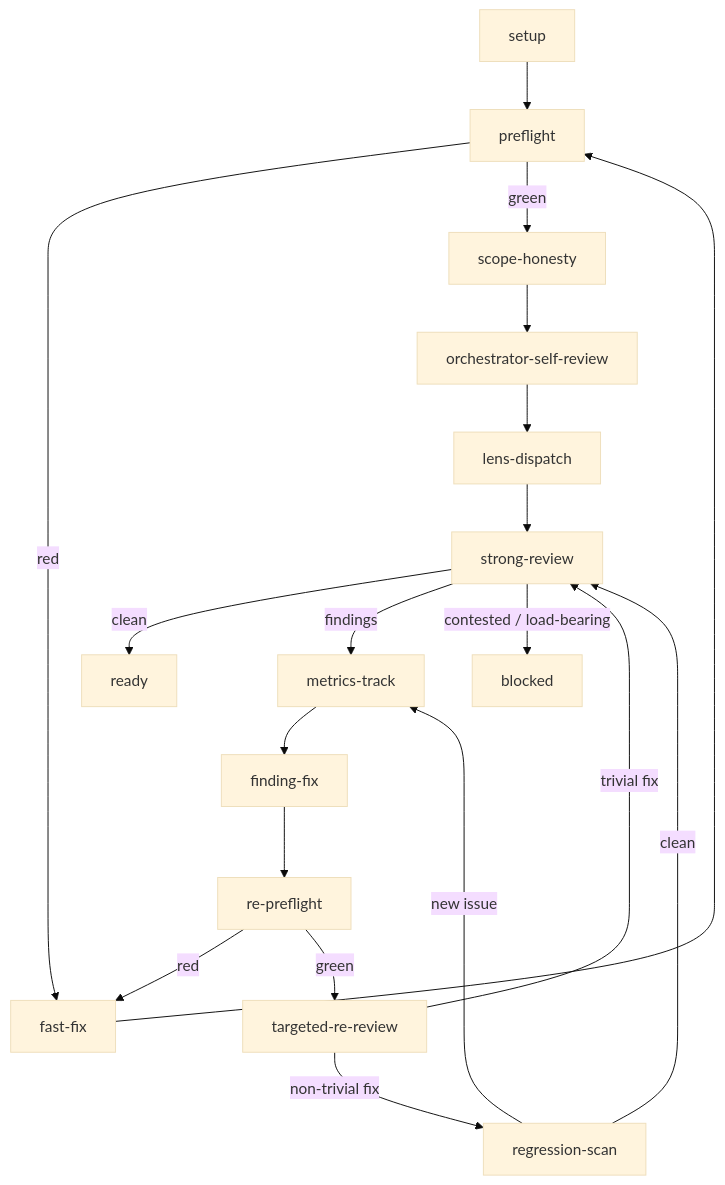
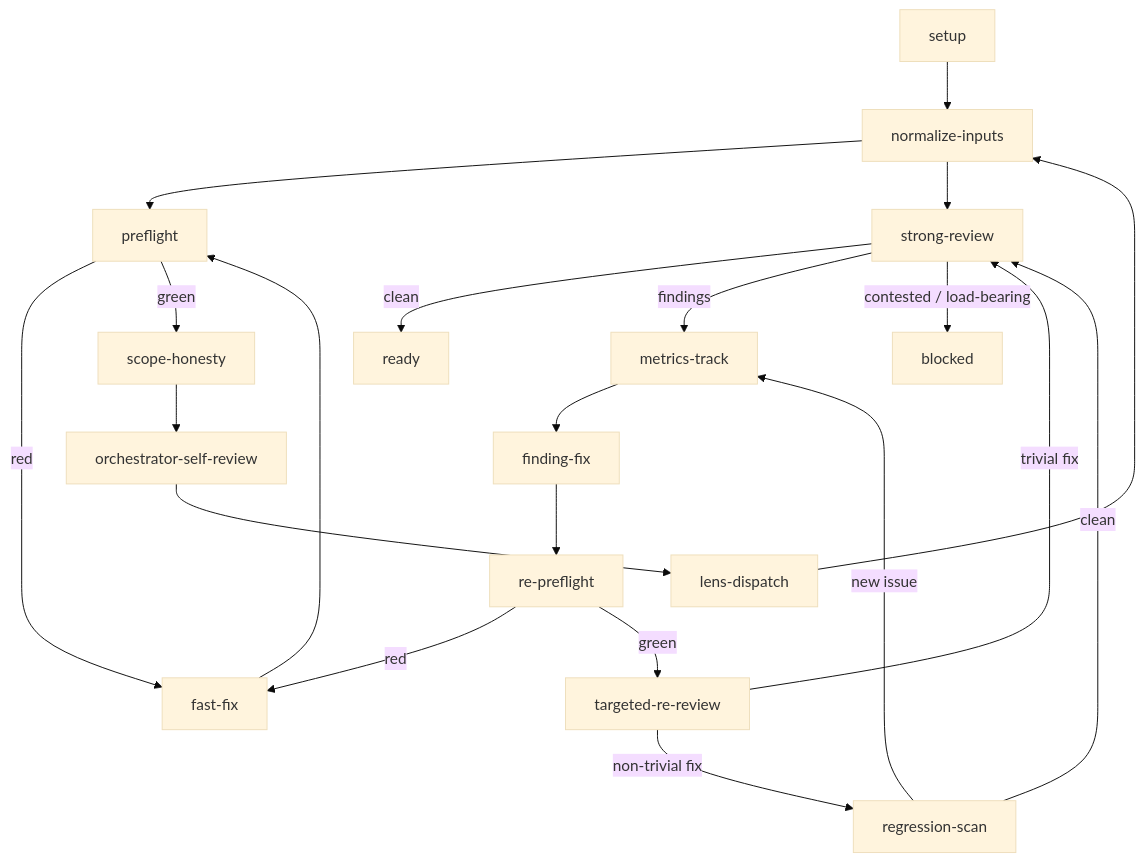
The diagram in .agents/skills/iterative-review/references/review-state-graph.md (HarleyBartles/agent-asset-marketplace), drawn with Mermaid (base theme) before and after one commit. The commit also changed other lines of this file and 34 other files, not shown here.

````diff
--- a/.agents/skills/iterative-review/references/review-state-graph.md
+++ b/.agents/skills/iterative-review/references/review-state-graph.md
@@ -9,21 +9,23 @@
 ```mermaid
 flowchart TD
-    setup --> preflight
+    setup --> normalize-inputs
+    normalize-inputs --> preflight
     preflight -->|red| fast-fix
     fast-fix --> preflight
     preflight -->|green| scope-honesty
     scope-honesty --> orchestrator-self-review
     orchestrator-self-review --> lens-dispatch
-    lens-dispatch --> strong-review
+    lens-dispatch --> normalize-inputs
+    normalize-inputs --> strong-review
     strong-review -->|clean| ready
     strong-review -->|findings| metrics-track
     metrics-track --> finding-fix
     finding-fix --> re-preflight
     re-preflight -->|red| fast-fix
     re-preflight -->|green| targeted-re-review
     targeted-re-review -->|trivial fix| strong-review
     targeted-re-review -->|non-trivial fix| regression-scan
     regression-scan -->|new issue| metrics-track
     regression-scan -->|clean| strong-review
     strong-review -->|contested / load-bearing| blocked
 ```
````
